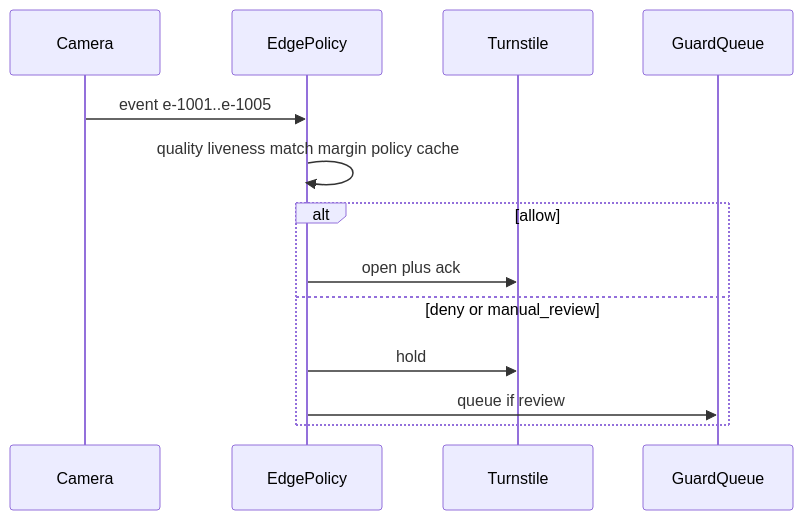
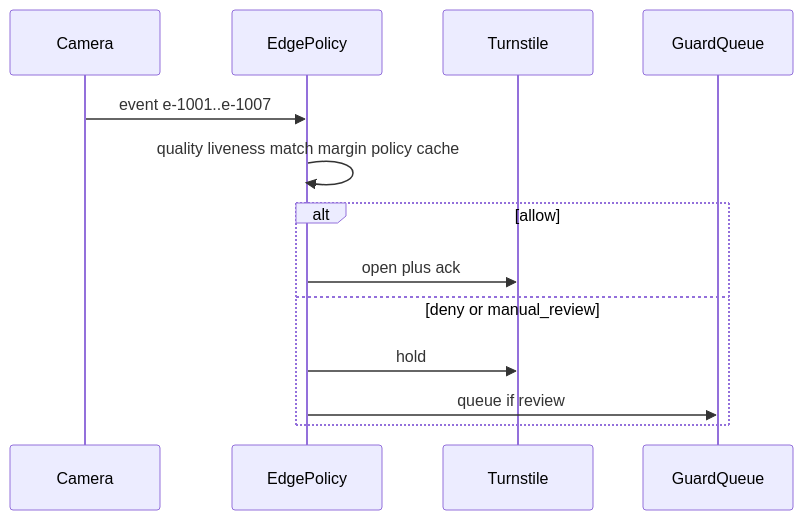
Before and after one commit to DorofeeVDaniil1/AI-ITMO-System-design: the first of 2 diagrams in docs/scenarios.md, drawn with Mermaid. The commit also changed other lines of this file and 14 other files, not shown here.

````diff
--- a/docs/scenarios.md
+++ b/docs/scenarios.md
@@ -7,16 +7,16 @@
 ```mermaid
 sequenceDiagram
   participant Cam as Camera
   participant Edge as EdgePolicy
   participant TS as Turnstile
   participant Guard as GuardQueue
 
-  Cam->>Edge: event e-1001..e-1005
+  Cam->>Edge: event e-1001..e-1007
   Edge->>Edge: quality liveness match margin policy cache
   alt allow
     Edge->>TS: open plus ack
   else deny or manual_review
     Edge->>TS: hold
     Edge->>Guard: queue if review
   end
 ```
````
